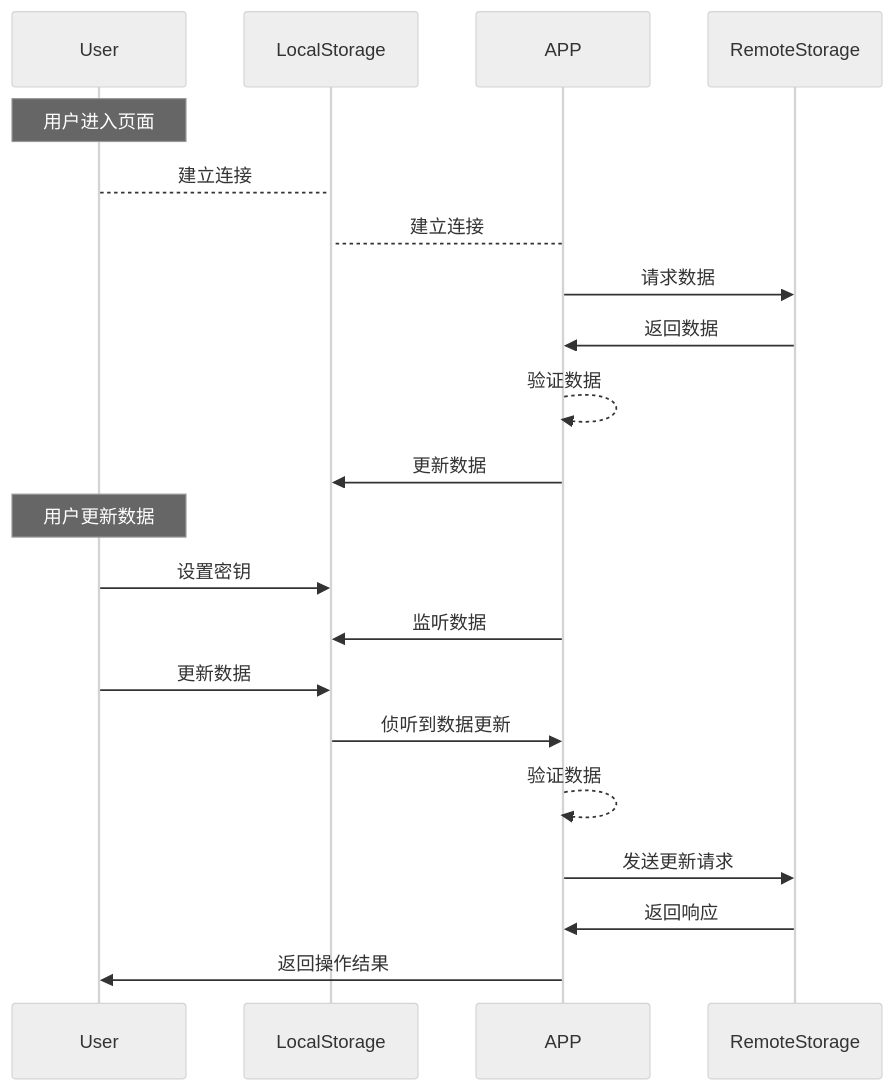
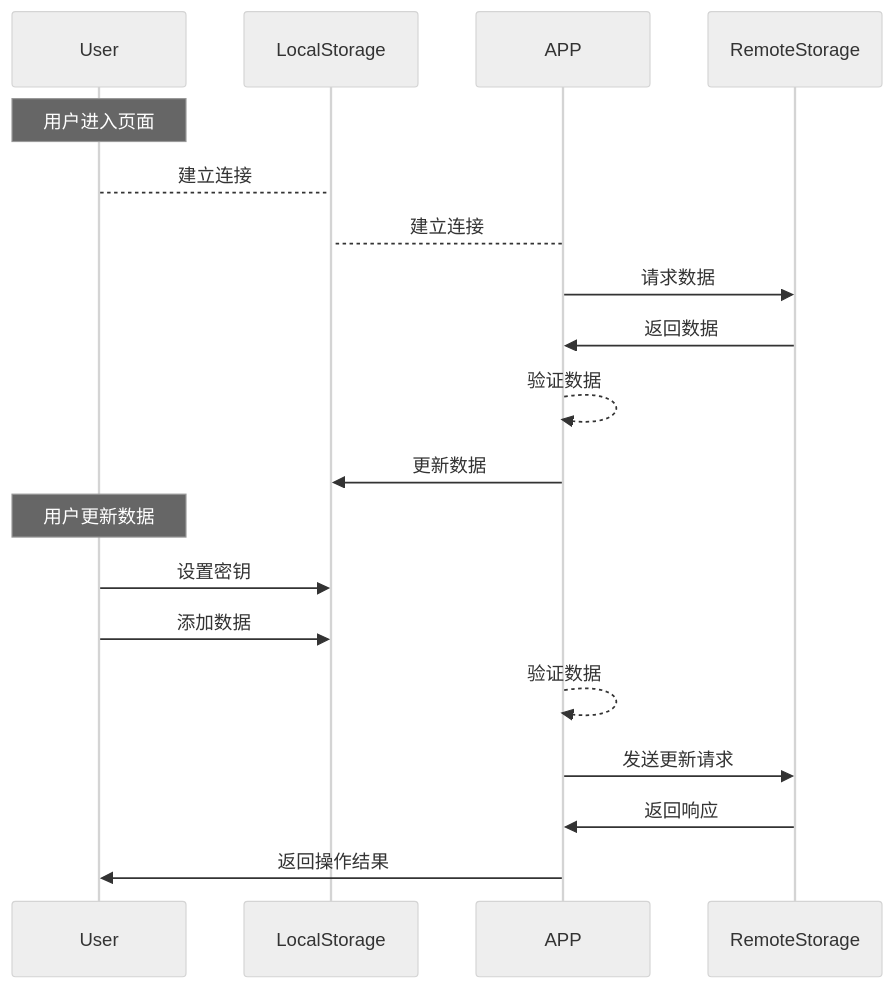
Before and after one commit to MoeyuaLabs/Hachi: the diagram in docs/mermaid.md, drawn with Mermaid (neutral theme). The commit also changed 3 other files, not shown here.

````diff
--- a/docs/mermaid.md
+++ b/docs/mermaid.md
@@ -1,27 +1,25 @@
 ```mermaid
 sequenceDiagram
     participant U as User
     participant LS as LocalStorage
     participant W as APP
     participant RS as RemoteStorage
 
     Note over U: 用户进入页面
     U-->LS: 建立连接
     W-->LS: 建立连接
 
     W->>RS: 请求数据
     RS->>W: 返回数据
     W-->>W: 验证数据
     W->>LS: 更新数据
 
     Note over U: 用户更新数据
     U->>LS: 设置密钥
-    W->>LS: 监听数据
 
-    U->>LS: 更新数据
-    LS->>W: 侦听到数据更新
+    U->>LS: 添加数据
     W-->>W: 验证数据
     W->>RS: 发送更新请求
     RS->>W: 返回响应
     W->>U: 返回操作结果
 ```
````
